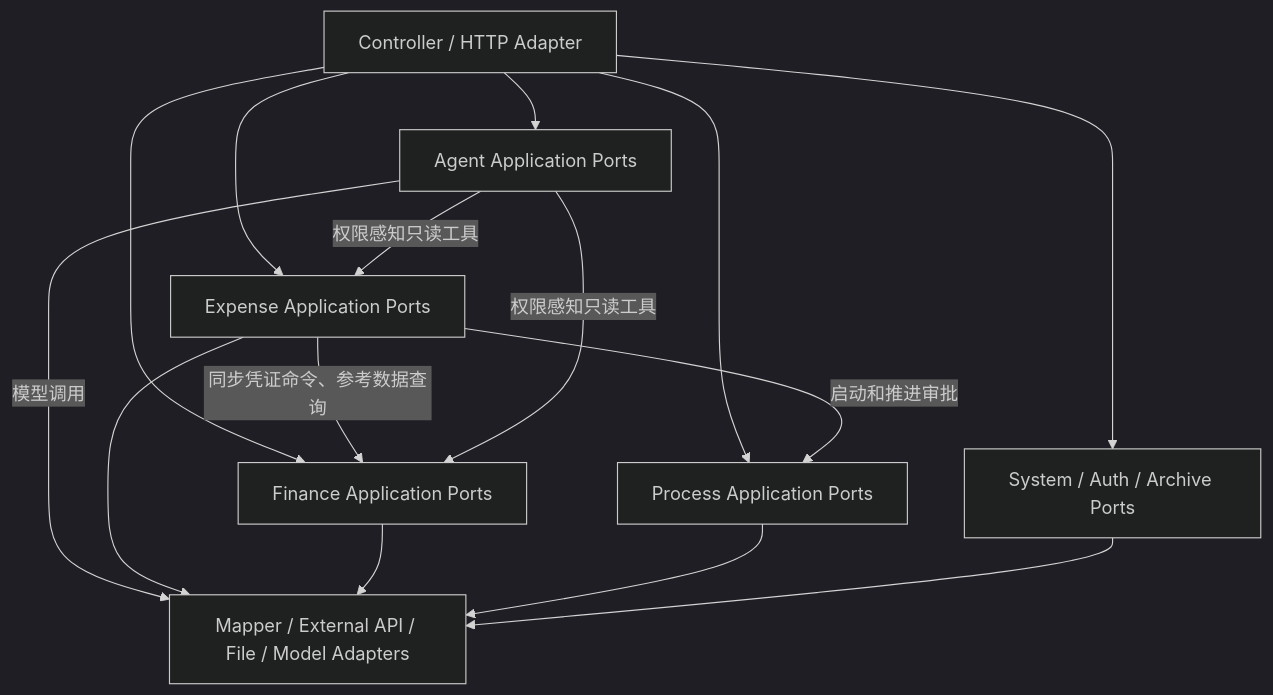
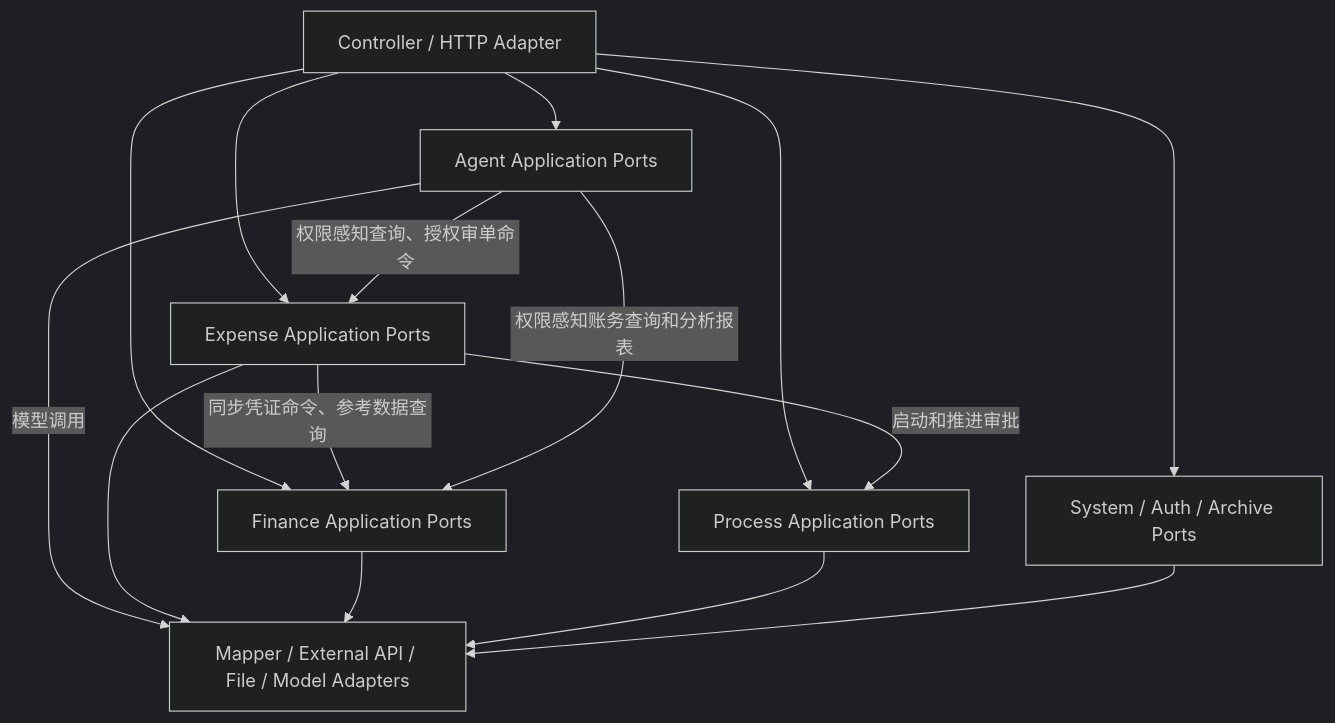
One commit to funsir555/Reimbursement-System changed the diagram in docs/architecture/系统最终目标与开发架构规范.md. Above: the diagram before and after it, drawn with Mermaid (dark theme). The commit also changed other lines of this file and 356 other files, not shown here.

````diff
--- a/docs/architecture/系统最终目标与开发架构规范.md
+++ b/docs/architecture/系统最终目标与开发架构规范.md
@@ -130,27 +130,27 @@
 ```mermaid
 flowchart TB
     Web[Controller / HTTP Adapter]
     Expense[Expense Application Ports]
     Finance[Finance Application Ports]
     Process[Process Application Ports]
     Agent[Agent Application Ports]
     System[System / Auth / Archive Ports]
     Infra[Mapper / External API / File / Model Adapters]
 
     Web --> Expense
     Web --> Finance
     Web --> Process
     Web --> Agent
     Web --> System
 
     Expense -->|同步凭证命令、参考数据查询| Finance
     Expense -->|启动和推进审批| Process
-    Agent -->|权限感知只读工具| Expense
-    Agent -->|权限感知只读工具| Finance
+    Agent -->|权限感知查询、授权审单命令| Expense
+    Agent -->|权限感知账务查询和分析报表| Finance
     Agent -->|模型调用| Infra
 
     Expense --> Infra
     Finance --> Infra
     Process --> Infra
     System --> Infra
 ```
````
